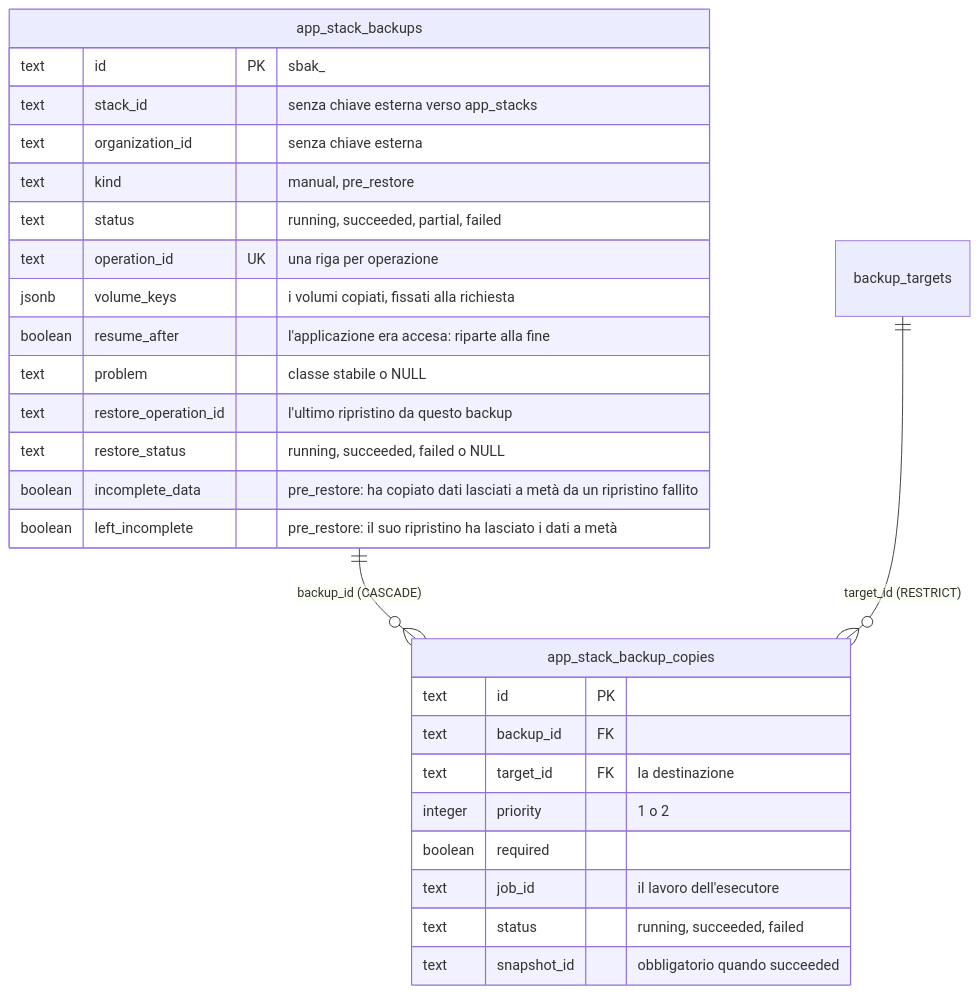
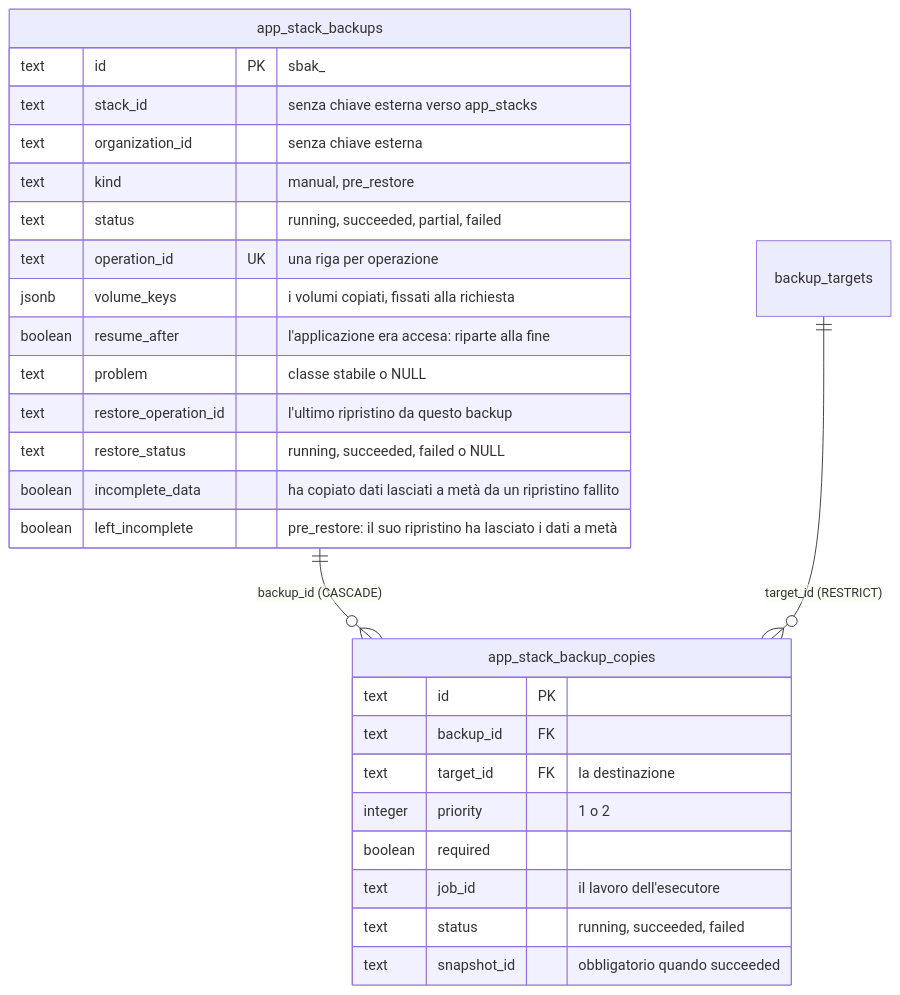
The sixth of 6 diagrams in docs/architecture/diagrams/domain-er-and-boundaries.md (lollinoo/hosting-panel), drawn with Mermaid before and after one commit. The commit also changed other lines of this file and 10 other files, not shown here.

````diff
--- a/docs/architecture/diagrams/domain-er-and-boundaries.md
+++ b/docs/architecture/diagrams/domain-er-and-boundaries.md
@@ -617,31 +617,31 @@
 ```mermaid
 erDiagram
     app_stack_backups ||--o{ app_stack_backup_copies : "backup_id (CASCADE)"
     backup_targets ||--o{ app_stack_backup_copies : "target_id (RESTRICT)"
 
     app_stack_backups {
         text id PK "sbak_<id>"
         text stack_id "senza chiave esterna verso app_stacks"
         text organization_id "senza chiave esterna"
         text kind "manual, pre_restore"
         text status "running, succeeded, partial, failed"
         text operation_id UK "una riga per operazione"
         jsonb volume_keys "i volumi copiati, fissati alla richiesta"
         boolean resume_after "l'applicazione era accesa: riparte alla fine"
         text problem "classe stabile o NULL"
         text restore_operation_id "l'ultimo ripristino da questo backup"
         text restore_status "running, succeeded, failed o NULL"
-        boolean incomplete_data "pre_restore: ha copiato dati lasciati a metà da un ripristino fallito"
+        boolean incomplete_data "ha copiato dati lasciati a metà da un ripristino fallito"
         boolean left_incomplete "pre_restore: il suo ripristino ha lasciato i dati a metà"
     }
     app_stack_backup_copies {
         text id PK
         text backup_id FK
         text target_id FK "la destinazione"
         integer priority "1 o 2"
         boolean required
         text job_id "il lavoro dell'esecutore"
         text status "running, succeeded, failed"
         text snapshot_id "obbligatorio quando succeeded"
     }
 ```
````
